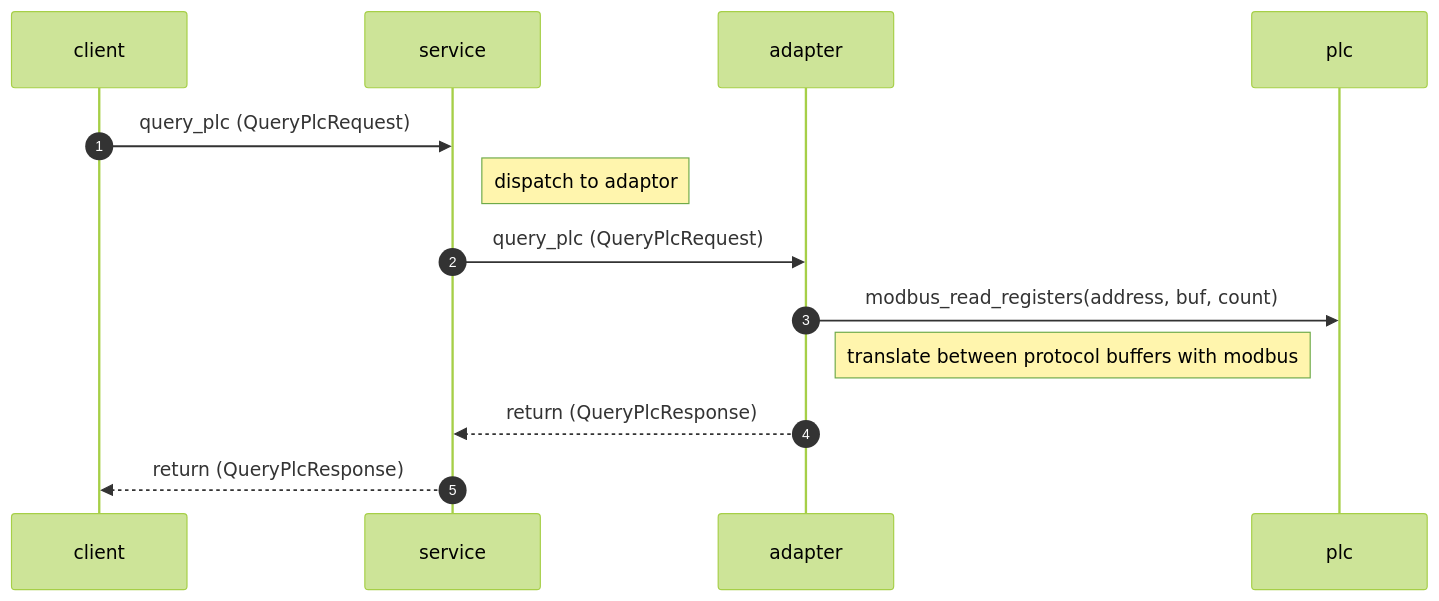
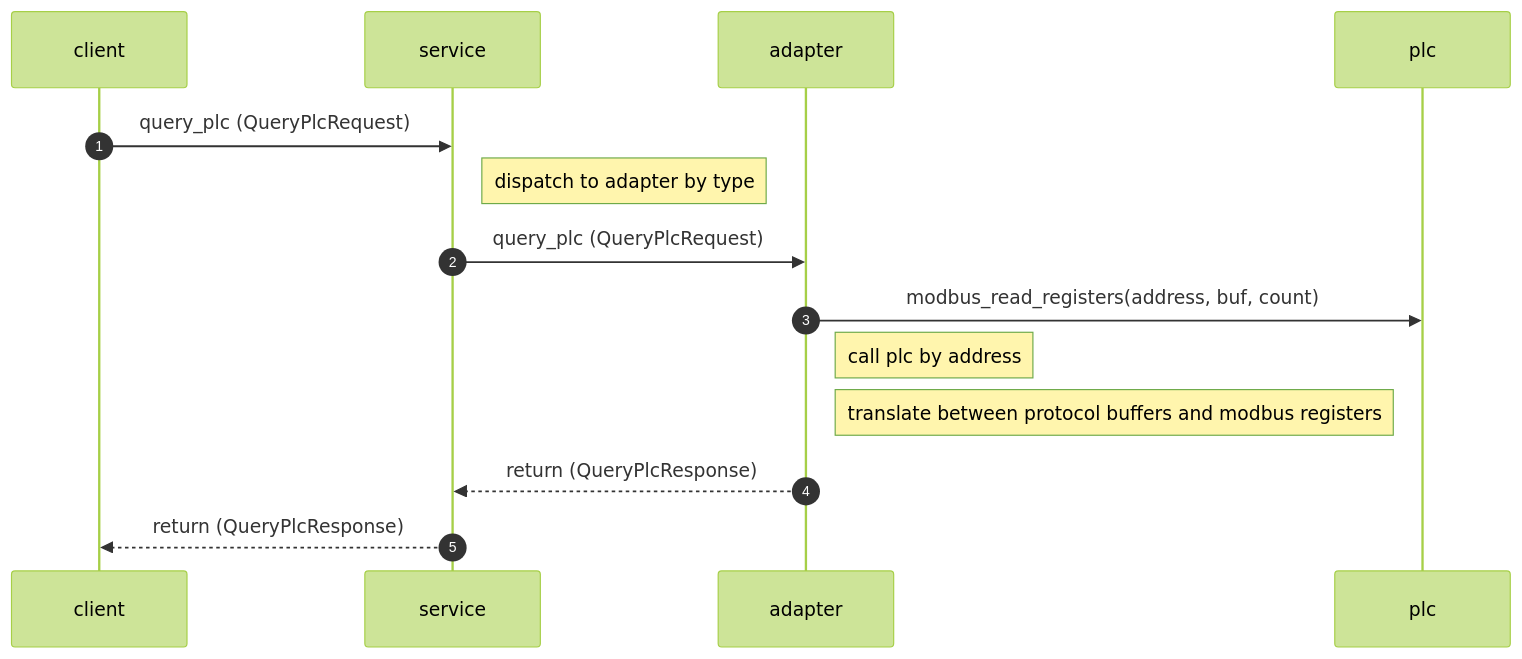
Before and after one commit to FutureOrientedGB/plc_control: the seventh of 7 diagrams in README.md, drawn with Mermaid (forest theme). The commit also changed other lines of this file and 15 other files, not shown here.

Commit message:
[doc] [plc_proto] [plc_service] one plc adapter handle one type of plc devices, service dispatch rpc call by plc type

````diff
--- a/README.md
+++ b/README.md
@@ -79,16 +85,17 @@
 ```mermaid
 sequenceDiagram
     autonumber
     participant client
     participant service
     participant adapter
     participant plc
 
 client->>service: query_plc (QueryPlcRequest)
-Note right of service: dispatch to adaptor
+Note right of service: dispatch to adapter by type
 service->>adapter: query_plc (QueryPlcRequest)
 adapter->>plc: modbus_read_registers(address, buf, count)
-Note right of adapter: translate between protocol buffers with modbus
+Note right of adapter: call plc by address
+Note right of adapter: translate between protocol buffers and modbus registers
 adapter-->>service: return (QueryPlcResponse)
 service-->>client: return (QueryPlcResponse)
 ```
````
